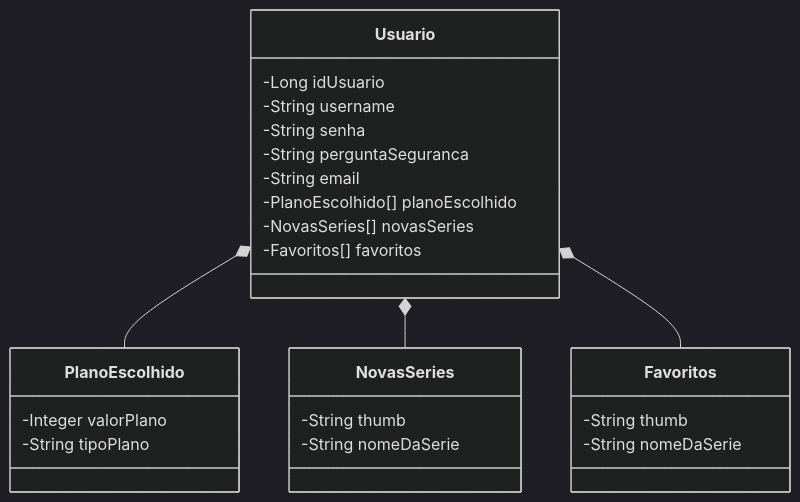
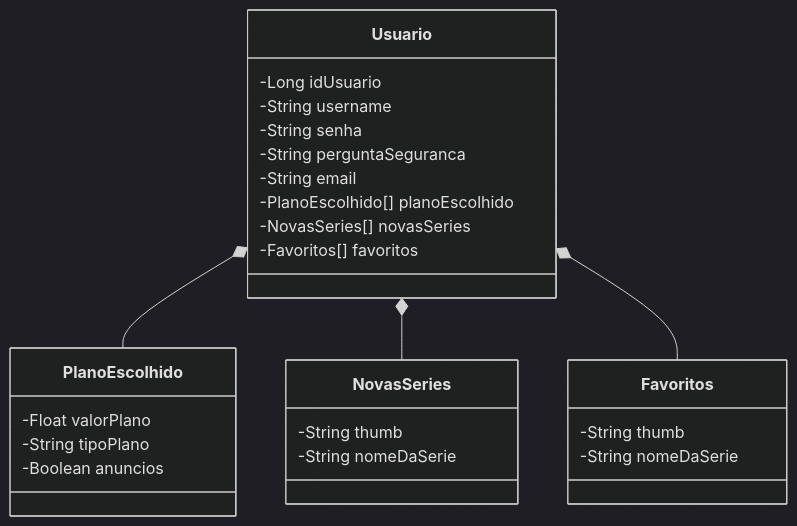
The diagram in desafio2/README.md (dev-lfelipe/bootcamp-santander-java), drawn with Mermaid (dark theme) before and after one commit.

````diff
--- a/desafio2/README.md
+++ b/desafio2/README.md
@@ -5,32 +5,33 @@
 ``` mermaid
 classDiagram
   class Usuario {
     -Long idUsuario
     -String username
     -String senha
     -String perguntaSeguranca
     -String email
     -PlanoEscolhido[] planoEscolhido
     -NovasSeries[] novasSeries
     -Favoritos[] favoritos
   }
 
   class PlanoEscolhido {
-    -Integer valorPlano
+    -Float valorPlano
     -String tipoPlano
+    -Boolean anuncios
   }
 
   class NovasSeries {
     -String thumb
     -String nomeDaSerie
   }
 
   class Favoritos {
     -String thumb
     -String nomeDaSerie
   }
 
   Usuario *-- PlanoEscolhido
   Usuario *-- NovasSeries
   Usuario *-- Favoritos
 ```
````
